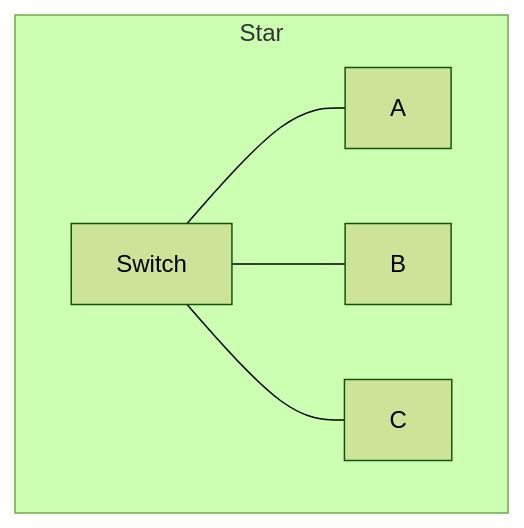
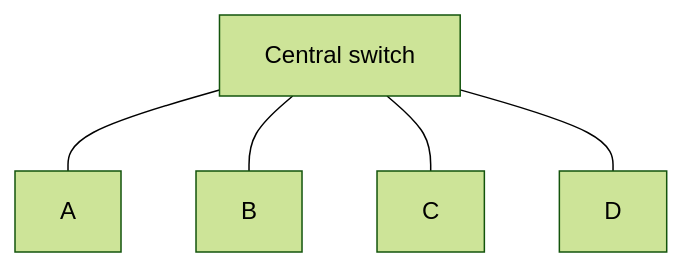
Before and after one commit to omnayak27199/pktana: the fourth of 11 diagrams in learning/08-topologies.md, drawn with Mermaid (forest theme). The commit also changed other lines of this file and 14 other files, not shown here.

````diff
--- a/learning/08-topologies.md
+++ b/learning/08-topologies.md
@@ -11,8 +114,7 @@
 ```mermaid
 flowchart TB
-  subgraph Star
-    SWc[Switch] --- A1[A]
-    SWc --- B1[B]
-    SWc --- C1[C]
-  end
+  SW[Central switch] --- A[A]
+  SW --- B[B]
+  SW --- C[C]
+  SW --- D[D]
 ```
````
